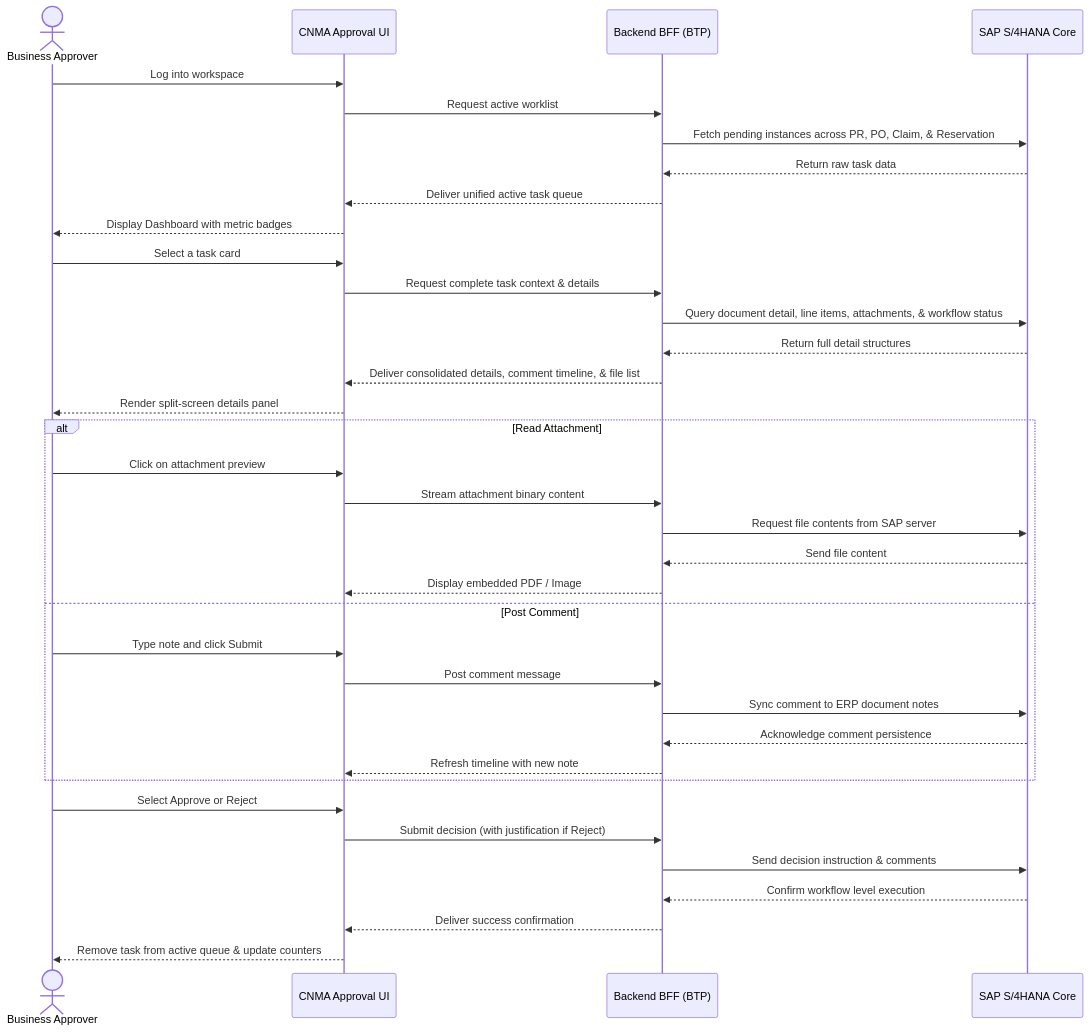
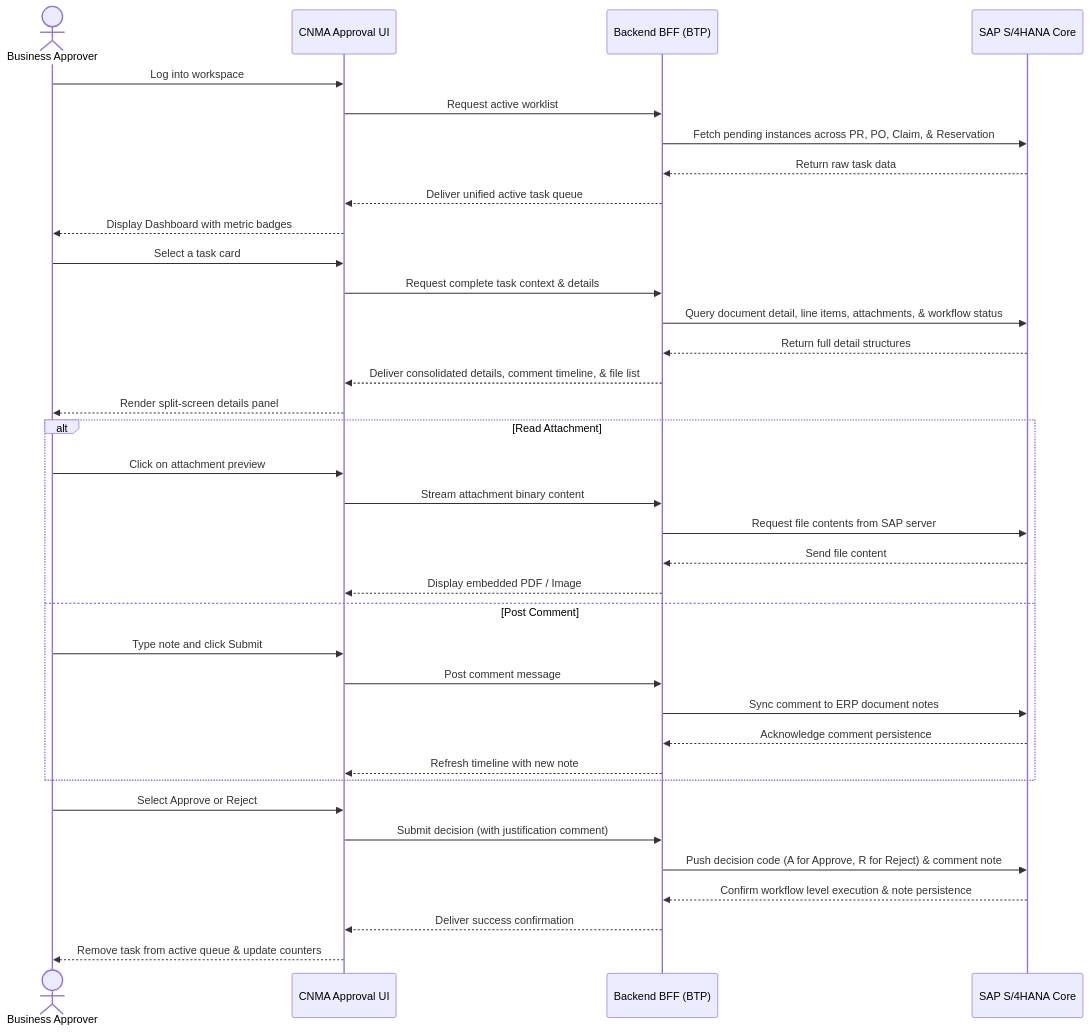
One commit to mindinh/approval-app changed the first of 3 diagrams in docs/business/01-process-flows.md. Above: the diagram before and after it, drawn with Mermaid. The commit also changed other lines of this file and 9 other files, not shown here.

````diff
--- a/docs/business/01-process-flows.md
+++ b/docs/business/01-process-flows.md
@@ -13,42 +13,42 @@
 ```mermaid
 sequenceDiagram
     actor Approver as Business Approver
     participant Portal as CNMA Approval UI
     participant BFF as Backend BFF (BTP)
     participant ERP as SAP S/4HANA Core
 
     Approver->>Portal: Log into workspace
     Portal->>BFF: Request active worklist
     BFF->>ERP: Fetch pending instances across PR, PO, Claim, & Reservation
     ERP-->>BFF: Return raw task data
     BFF-->>Portal: Deliver unified active task queue
     Portal-->>Approver: Display Dashboard with metric badges
 
     Approver->>Portal: Select a task card
     Portal->>BFF: Request complete task context & details
     BFF->>ERP: Query document detail, line items, attachments, & workflow status
     ERP-->>BFF: Return full detail structures
     BFF-->>Portal: Deliver consolidated details, comment timeline, & file list
     Portal-->>Approver: Render split-screen details panel
 
     alt Read Attachment
         Approver->>Portal: Click on attachment preview
         Portal->>BFF: Stream attachment binary content
         BFF->>ERP: Request file contents from SAP server
         ERP-->>BFF: Send file content
         BFF-->>Portal: Display embedded PDF / Image
     else Post Comment
         Approver->>Portal: Type note and click Submit
         Portal->>BFF: Post comment message
         BFF->>ERP: Sync comment to ERP document notes
         ERP-->>BFF: Acknowledge comment persistence
         BFF-->>Portal: Refresh timeline with new note
     end
 
     Approver->>Portal: Select Approve or Reject
-    Portal->>BFF: Submit decision (with justification if Reject)
-    BFF->>ERP: Send decision instruction & comments
-    ERP-->>BFF: Confirm workflow level execution
+    Portal->>BFF: Submit decision (with justification comment)
+    BFF->>ERP: Push decision code (A for Approve, R for Reject) & comment note
+    ERP-->>BFF: Confirm workflow level execution & note persistence
     BFF-->>Portal: Deliver success confirmation
     Portal-->>Approver: Remove task from active queue & update counters
 ```
````
